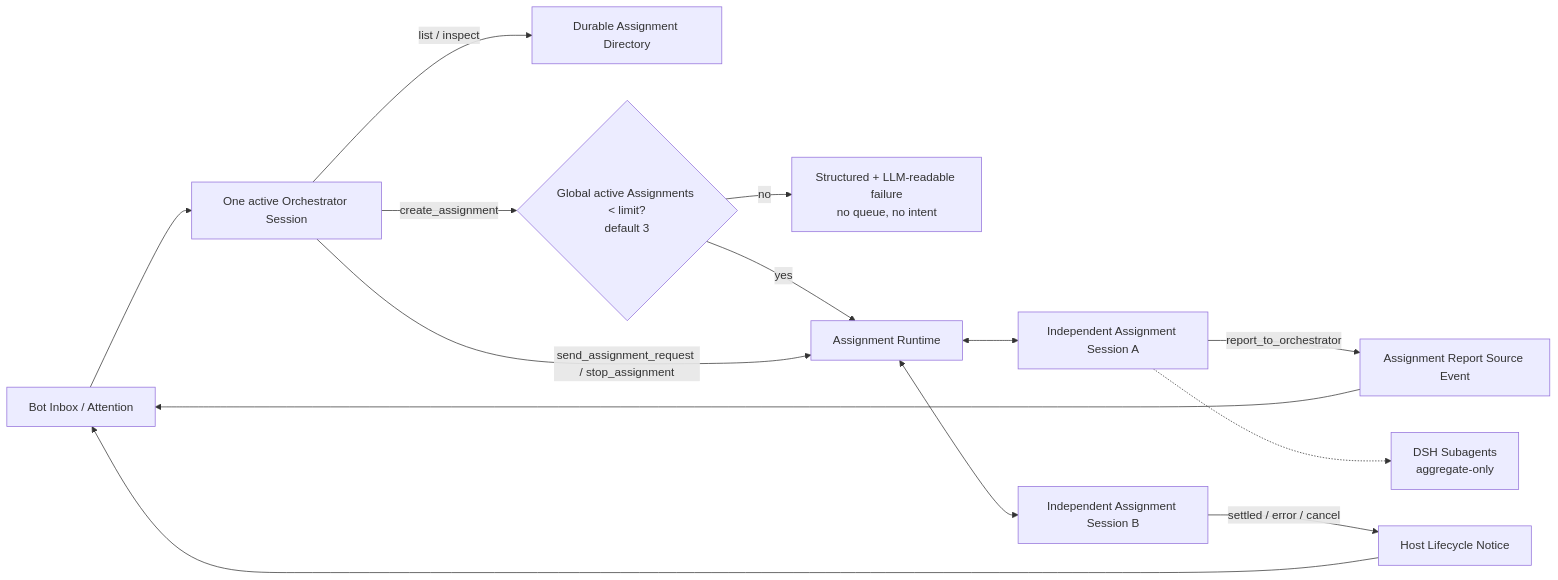
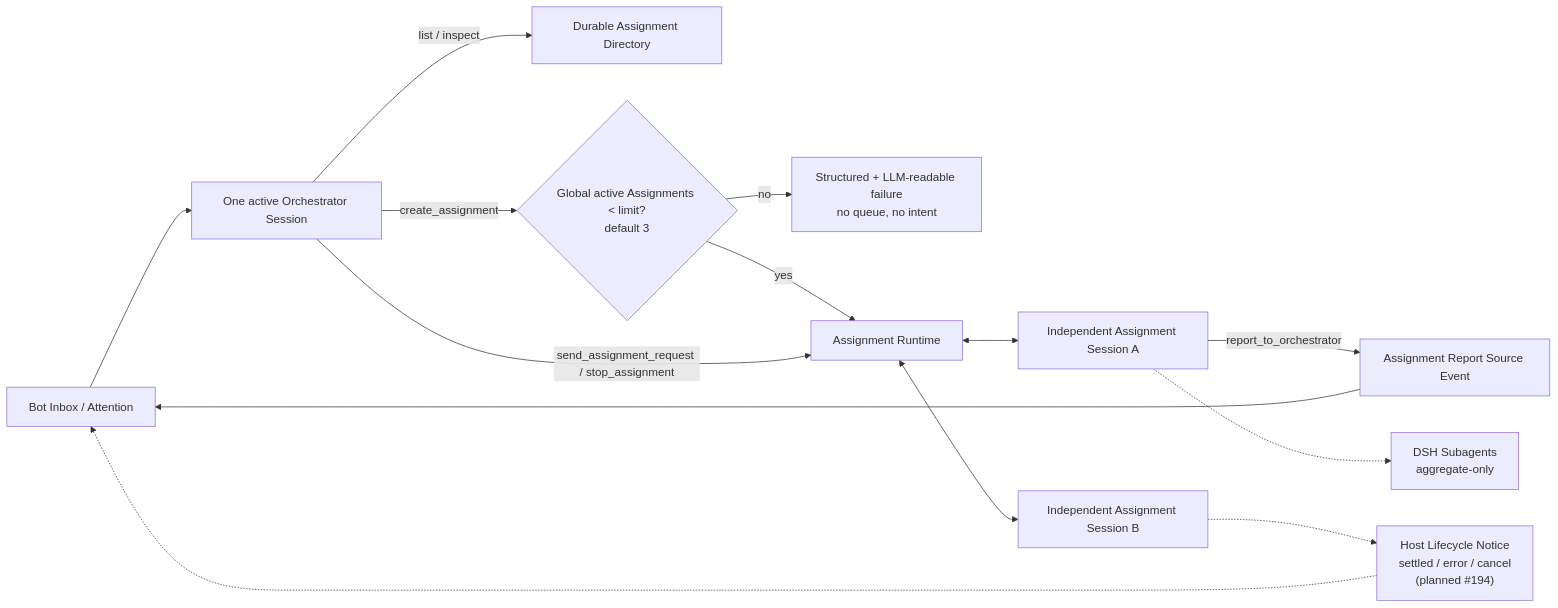
The fifth of 6 diagrams in docs/architecture/botharness-architecture.md (BotHarness/BotHarness), drawn with Mermaid before and after one commit. The commit also changed 1 other file, not shown here.

Commit message:
docs: mark lifecycle notices as planned (#194)

````diff
--- a/docs/architecture/botharness-architecture.md
+++ b/docs/architecture/botharness-architecture.md
@@ -208,16 +208,16 @@
 ```mermaid
 flowchart LR
   Inbox["Bot Inbox / Attention"] --> O["One active Orchestrator Session"]
   O -->|"list / inspect"| Dir["Durable Assignment Directory"]
   O -->|"create_assignment"| Gate{"Global active Assignments < limit?<br/>default 3"}
   Gate -- "no" --> Error["Structured + LLM-readable failure<br/>no queue, no intent"]
   Gate -- "yes" --> Runtime["Assignment Runtime"]
   O -->|"send_assignment_request / stop_assignment"| Runtime
   Runtime <--> W1["Independent Assignment Session A"]
   Runtime <--> W2["Independent Assignment Session B"]
   W1 -->|"report_to_orchestrator"| Report["Assignment Report Source Event"]
-  W2 -->|"settled / error / cancel"| Notice["Host Lifecycle Notice"]
+  W2 -.-> Notice["Host Lifecycle Notice<br/>settled / error / cancel<br/>(planned #194)"]
   Report --> Inbox
-  Notice --> Inbox
+  Notice -.-> Inbox
   W1 -.-> Sub["DSH Subagents<br/>aggregate-only"]
 ```
````
